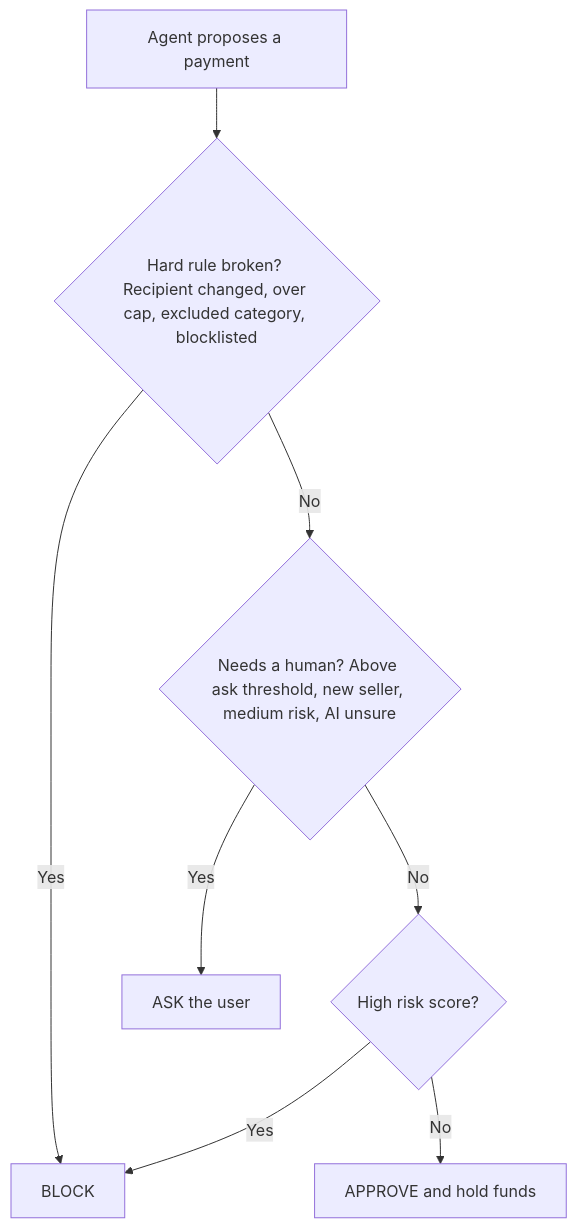
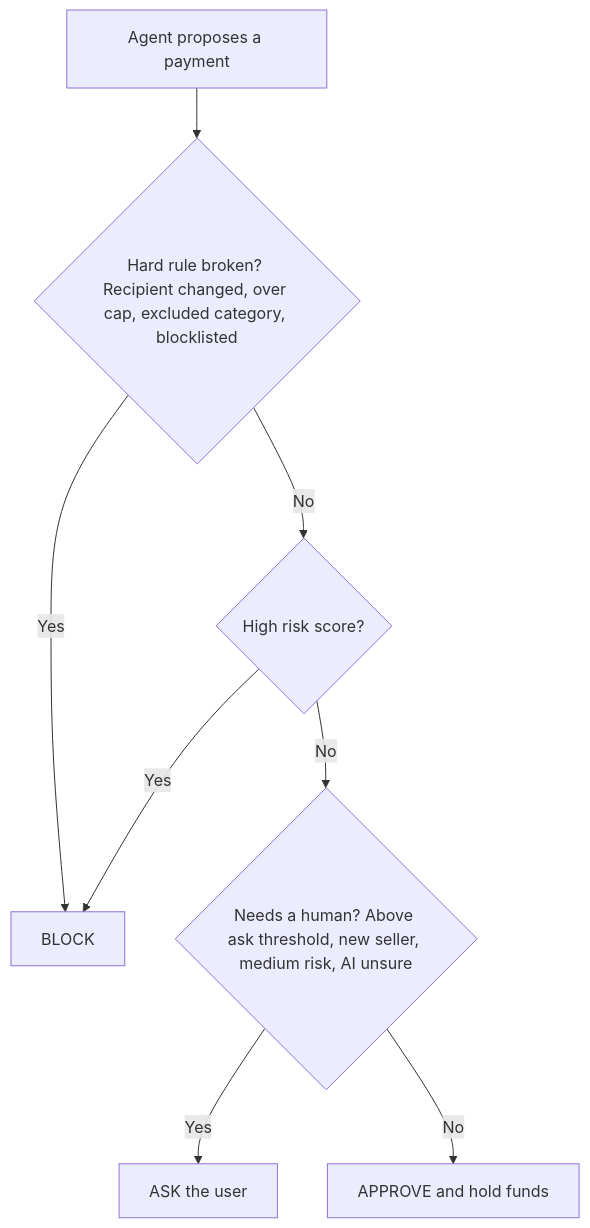
One commit to abbie-software/Horkos changed the second of 3 diagrams in README.md. Above: the diagram before and after it, drawn with Mermaid. The commit also changed other lines of this file, not shown here.

Commit message:
changed the readme.md to match the recent changes that we have rn in the user flow

````diff
--- a/README.md
+++ b/README.md
@@ -100,10 +100,10 @@
 ```mermaid
 flowchart TD
     A["Agent proposes a payment"] --> B{"Hard rule broken? Recipient changed, over cap, excluded category, blocklisted"}
     B -- Yes --> X["BLOCK"]
-    B -- No --> C{"Needs a human? Above ask threshold, new seller, medium risk, AI unsure"}
+    B -- No --> D{"High risk score?"}
+    D -- Yes --> X
+    D -- No --> C{"Needs a human? Above ask threshold, new seller, medium risk, AI unsure"}
     C -- Yes --> Q["ASK the user"]
-    C -- No --> D{"High risk score?"}
-    D -- Yes --> X
-    D -- No --> E["APPROVE and hold funds"]
+    C -- No --> E["APPROVE and hold funds"]
 ```
````
